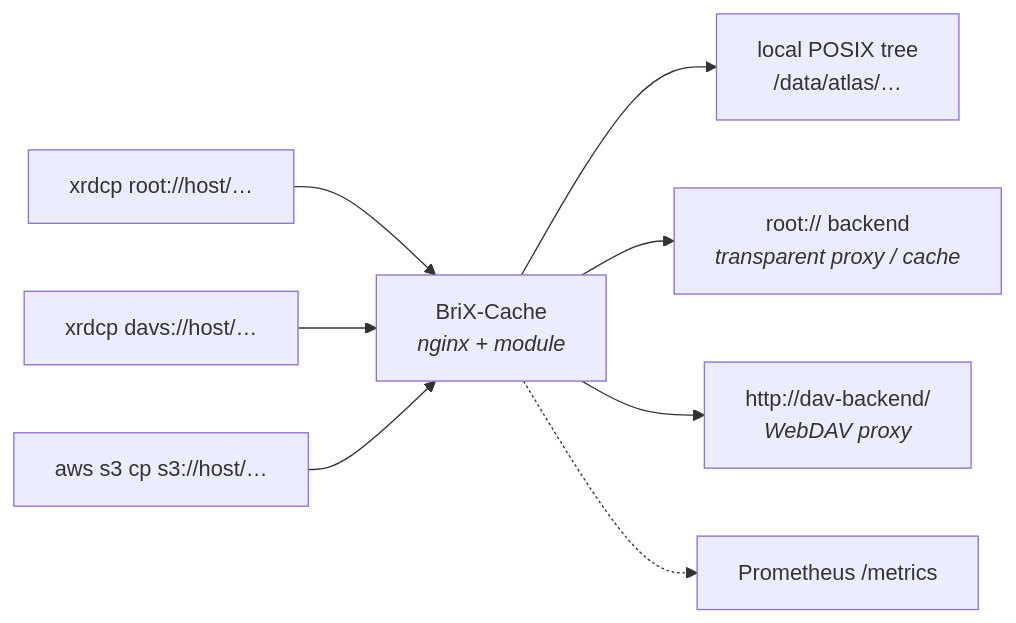
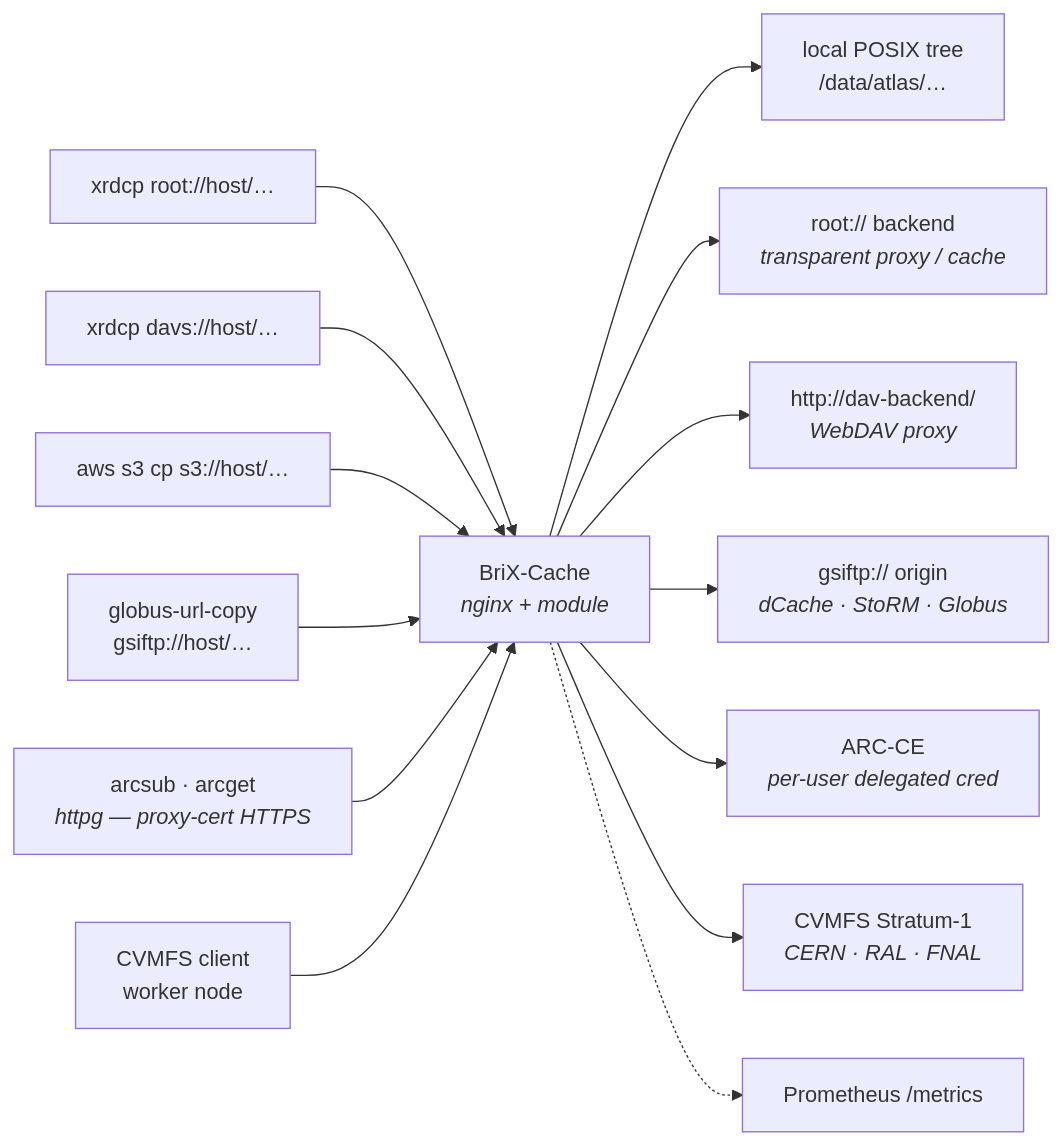
One commit to rob-c/brix-cache changed the first of 7 diagrams in README.md. Above: the diagram before and after it, drawn with Mermaid. The commit also changed other lines of this file and 53 other files, not shown here.

````diff
--- a/README.md
+++ b/README.md
@@ -41,19 +43,31 @@
 ```mermaid
 flowchart LR
     xrd["xrdcp root://host/…"]
     dav["xrdcp davs://host/…"]
     s3["aws s3 cp s3://host/…"]
+    gftp["globus-url-copy<br/>gsiftp://host/…"]
+    hpg["arcsub · arcget<br/><i>httpg — proxy-cert HTTPS</i>"]
+    cvm["CVMFS client<br/>worker node"]
     brix["BriX-Cache<br/><i>nginx + module</i>"]
     posix["local POSIX tree<br/>/data/atlas/…"]
     backend["root:// backend<br/><i>transparent proxy / cache</i>"]
     davback["http://dav-backend/<br/><i>WebDAV proxy</i>"]
+    gftpback["gsiftp:// origin<br/><i>dCache · StoRM · Globus</i>"]
+    arc["ARC-CE<br/><i>per-user delegated cred</i>"]
+    s1["CVMFS Stratum-1<br/><i>CERN · RAL · FNAL</i>"]
     prom["Prometheus /metrics"]
 
     xrd --> brix
     dav --> brix
     s3 --> brix
+    gftp --> brix
+    hpg --> brix
+    cvm --> brix
     brix --> posix
     brix --> backend
     brix --> davback
+    brix --> gftpback
+    brix --> arc
+    brix --> s1
     brix -.-> prom
 ```
````
